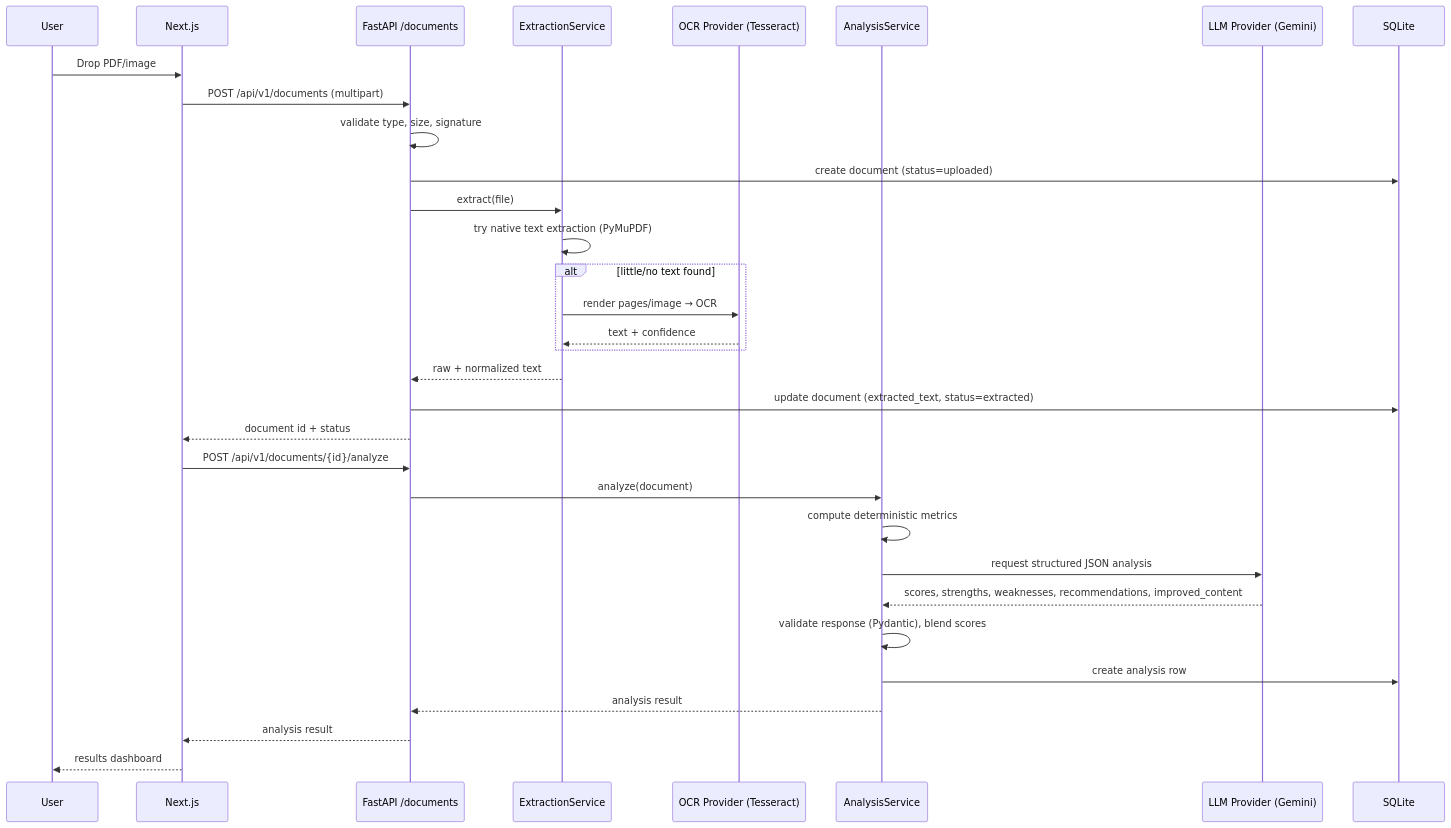
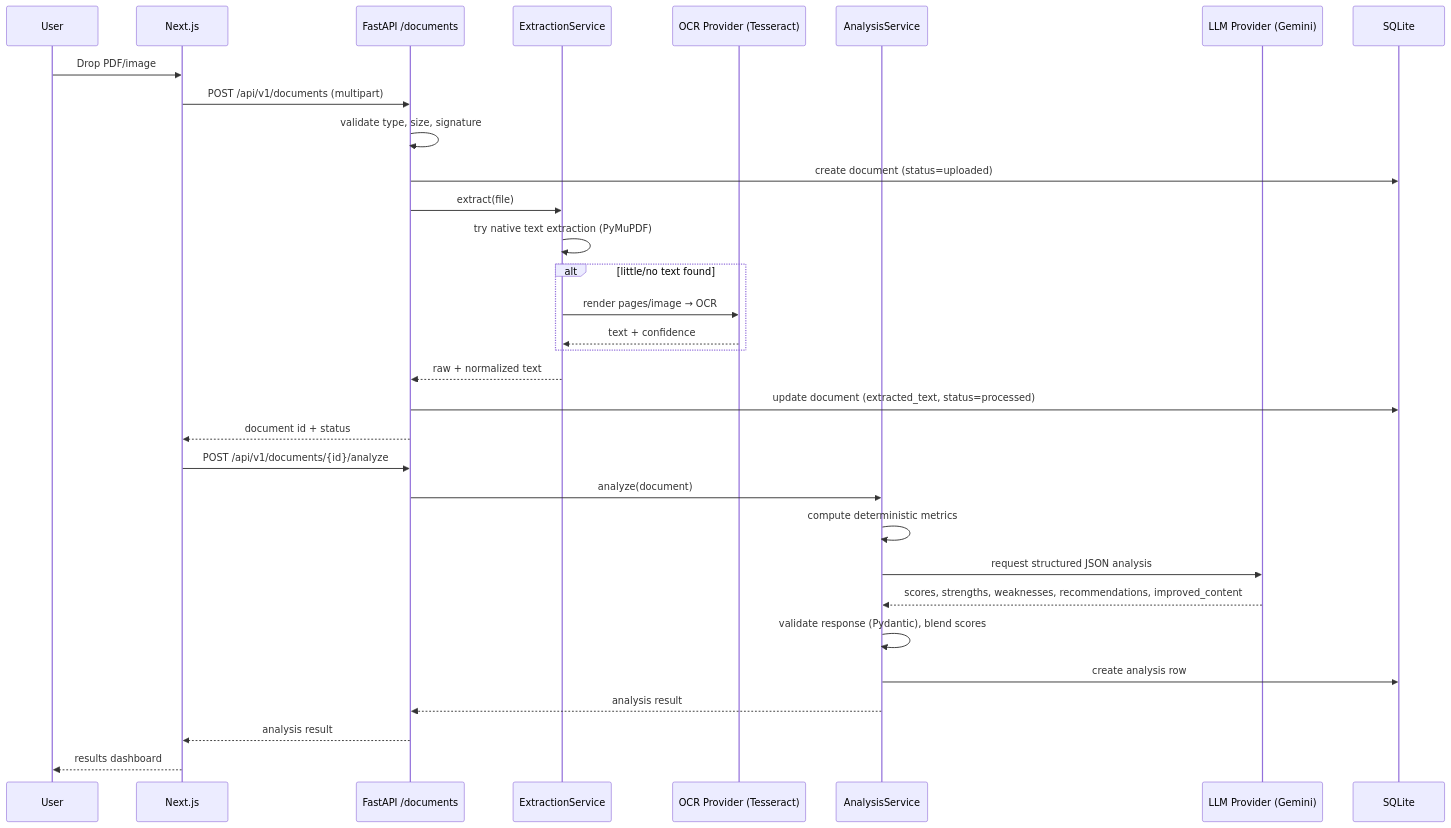
One commit to Rohit-Yadav-2005/SocialLens changed the second of 2 diagrams in docs/architecture.md. Above: the diagram before and after it, drawn with Mermaid. The commit also changed 21 other files, not shown here.

````diff
--- a/docs/architecture.md
+++ b/docs/architecture.md
@@ -40,35 +40,35 @@
 ```mermaid
 sequenceDiagram
     participant U as User
     participant FE as Next.js
     participant API as FastAPI /documents
     participant EX as ExtractionService
     participant OCR as OCR Provider (Tesseract)
     participant AN as AnalysisService
     participant LLM as LLM Provider (Gemini)
     participant DB as SQLite
 
     U->>FE: Drop PDF/image
     FE->>API: POST /api/v1/documents (multipart)
     API->>API: validate type, size, signature
     API->>DB: create document (status=uploaded)
     API->>EX: extract(file)
     EX->>EX: try native text extraction (PyMuPDF)
     alt little/no text found
         EX->>OCR: render pages/image → OCR
         OCR-->>EX: text + confidence
     end
     EX-->>API: raw + normalized text
-    API->>DB: update document (extracted_text, status=extracted)
+    API->>DB: update document (extracted_text, status=processed)
     API-->>FE: document id + status
     FE->>API: POST /api/v1/documents/{id}/analyze
     API->>AN: analyze(document)
     AN->>AN: compute deterministic metrics
     AN->>LLM: request structured JSON analysis
     LLM-->>AN: scores, strengths, weaknesses, recommendations, improved_content
     AN->>AN: validate response (Pydantic), blend scores
     AN->>DB: create analysis row
     AN-->>API: analysis result
     API-->>FE: analysis result
     FE-->>U: results dashboard
 ```
````
